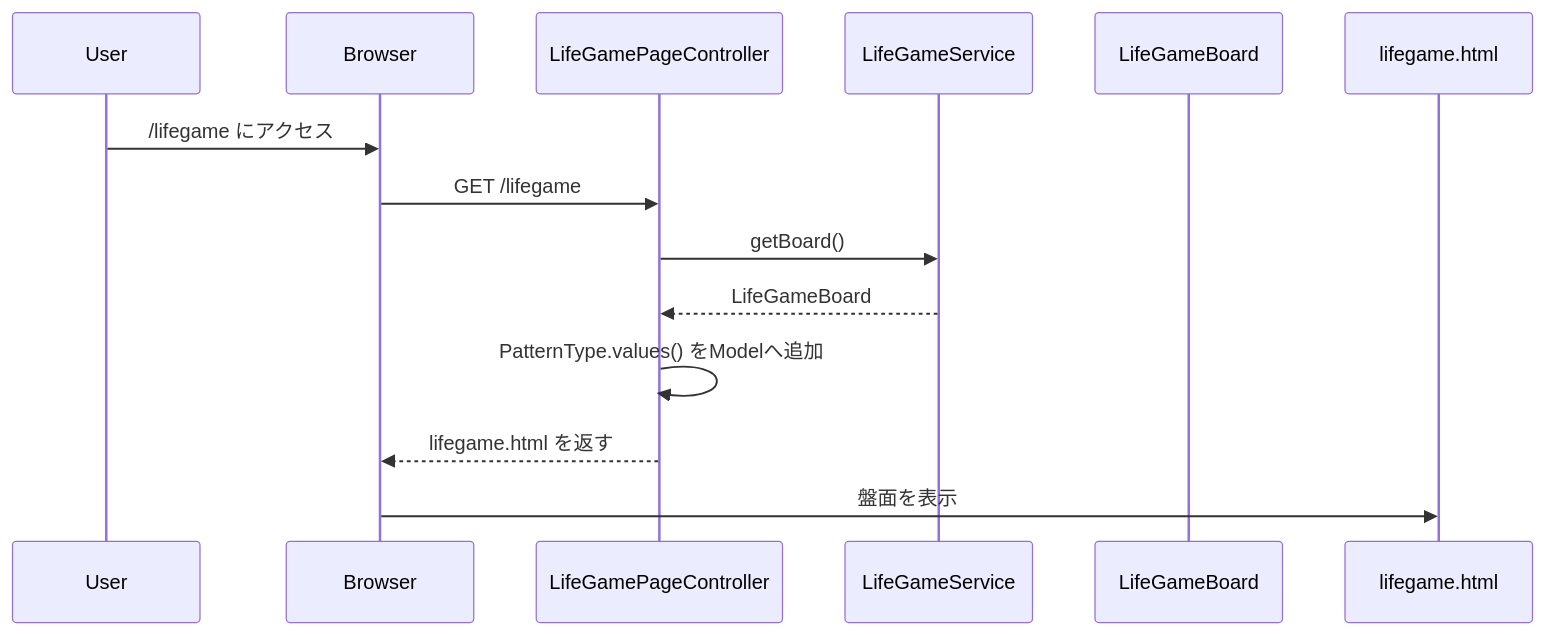
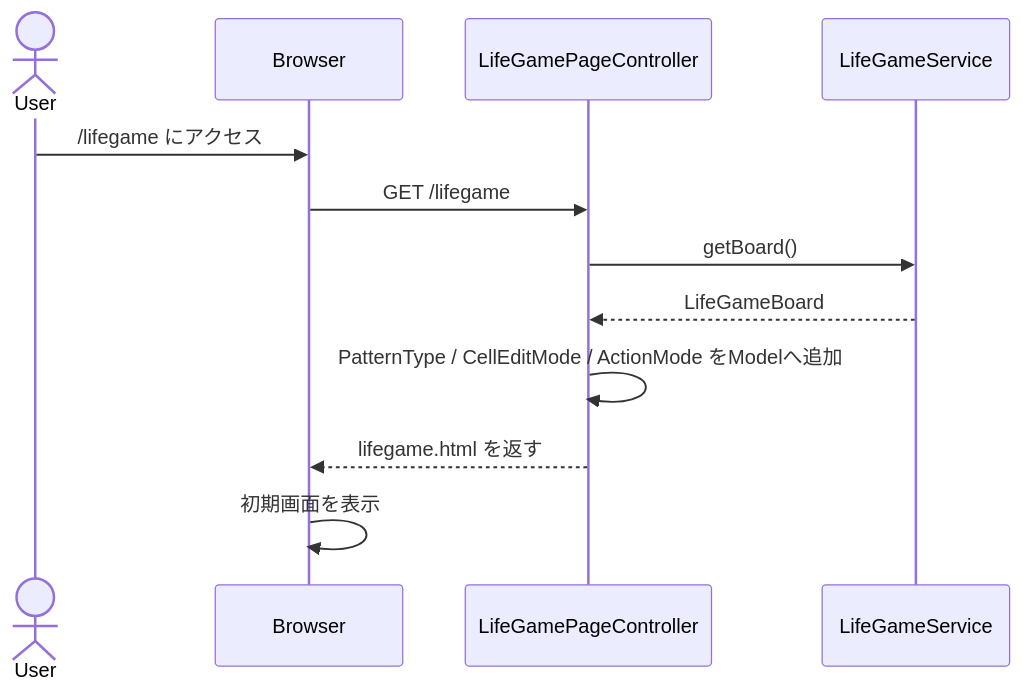
Before and after one commit to mkunori/LifeGame: the second of 3 diagrams in README.md, drawn with Mermaid. The commit also changed other lines of this file, not shown here.

````diff
--- a/README.md
+++ b/README.md
@@ -496,17 +247,15 @@
 ```mermaid
 sequenceDiagram
-    participant User
+    actor User
     participant Browser
     participant PageController as LifeGamePageController
     participant Service as LifeGameService
-    participant Board as LifeGameBoard
-    participant Template as lifegame.html
 
     User->>Browser: /lifegame にアクセス
     Browser->>PageController: GET /lifegame
     PageController->>Service: getBoard()
     Service-->>PageController: LifeGameBoard
-    PageController->>PageController: PatternType.values() をModelへ追加
+    PageController->>PageController: PatternType / CellEditMode / ActionMode をModelへ追加
     PageController-->>Browser: lifegame.html を返す
-    Browser->>Template: 盤面を表示
+    Browser->>Browser: 初期画面を表示
 ```
````
